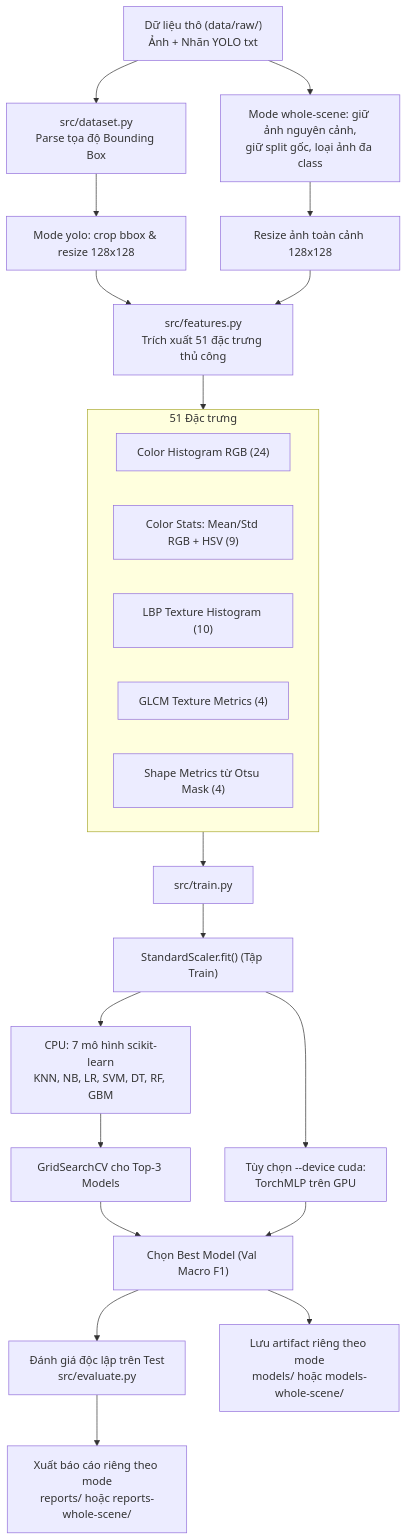
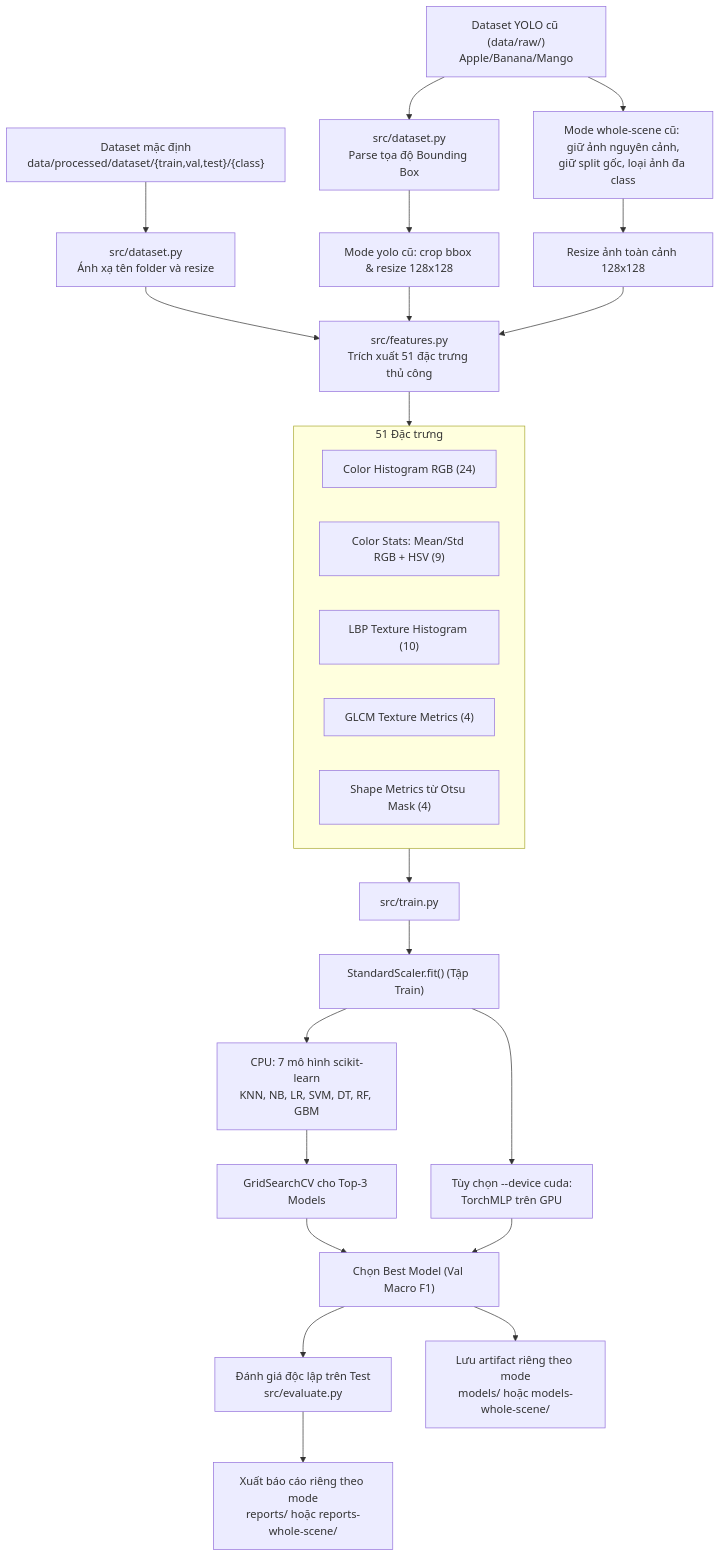
The first of 2 diagrams in context/architecture.md (trantienvn/fruit-classification), drawn with Mermaid before and after one commit. The commit also changed other lines of this file and 34 other files, not shown here.

````diff
--- a/context/architecture.md
+++ b/context/architecture.md
@@ -71,29 +73,31 @@
 ```mermaid
 flowchart TD
-    RawData["Dữ liệu thô (data/raw/)<br/>Ảnh + Nhãn YOLO txt"] --> DatasetParser["src/dataset.py<br/>Parse tọa độ Bounding Box"]
-    DatasetParser --> CropResize["Mode yolo: crop bbox & resize 128x128"]
-    RawData --> SceneExport["Mode whole-scene: giữ ảnh nguyên cảnh,<br/>giữ split gốc, loại ảnh đa class"]
+    FolderData["Dataset mặc định<br/>data/processed/dataset/{train,val,test}/{class}"] --> FolderLoader["src/dataset.py<br/>Ánh xạ tên folder và resize"]
+    RawData["Dataset YOLO cũ (data/raw/)<br/>Apple/Banana/Mango"] --> DatasetParser["src/dataset.py<br/>Parse tọa độ Bounding Box"]
+    DatasetParser --> CropResize["Mode yolo cũ: crop bbox & resize 128x128"]
+    RawData --> SceneExport["Mode whole-scene cũ: giữ ảnh nguyên cảnh,<br/>giữ split gốc, loại ảnh đa class"]
     SceneExport --> SceneResize["Resize ảnh toàn cảnh 128x128"]
-    CropResize --> FeatureExtract["src/features.py<br/>Trích xuất 51 đặc trưng thủ công"]
+    FolderLoader --> FeatureExtract["src/features.py<br/>Trích xuất 51 đặc trưng thủ công"]
+    CropResize --> FeatureExtract
     SceneResize --> FeatureExtract
     
     subgraph FeatureSet ["51 Đặc trưng"]
         F1["Color Histogram RGB (24)"]
         F2["Color Stats: Mean/Std RGB + HSV (9)"]
         F3["LBP Texture Histogram (10)"]
         F4["GLCM Texture Metrics (4)"]
         F5["Shape Metrics từ Otsu Mask (4)"]
     end
     FeatureExtract --> FeatureSet
     
     FeatureSet --> TrainPipeline["src/train.py"]
     TrainPipeline --> Scaler["StandardScaler.fit() (Tập Train)"]
     Scaler --> ModelTrain["CPU: 7 mô hình scikit-learn<br/>KNN, NB, LR, SVM, DT, RF, GBM"]
     ModelTrain --> Tuning["GridSearchCV cho Top-3 Models"]
     Tuning --> BestModel["Chọn Best Model (Val Macro F1)"]
     Scaler --> TorchGPU["Tùy chọn --device cuda:<br/>TorchMLP trên GPU"]
     TorchGPU --> BestModel
     BestModel --> TestEval["Đánh giá độc lập trên Test<br/>src/evaluate.py"]
     BestModel --> SaveArtifacts["Lưu artifact riêng theo mode<br/>models/ hoặc models-whole-scene/"]
     TestEval --> SaveReports["Xuất báo cáo riêng theo mode<br/>reports/ hoặc reports-whole-scene/"]
 ```
````
